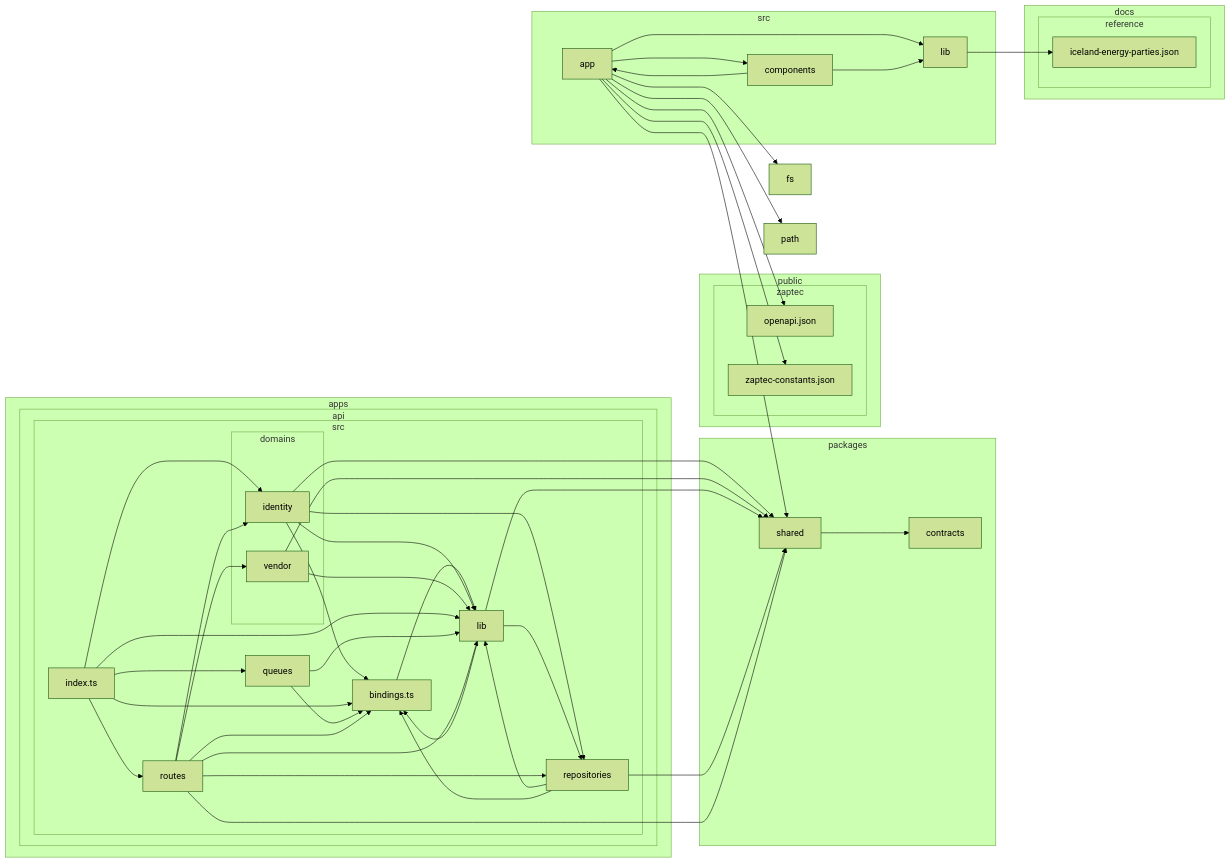
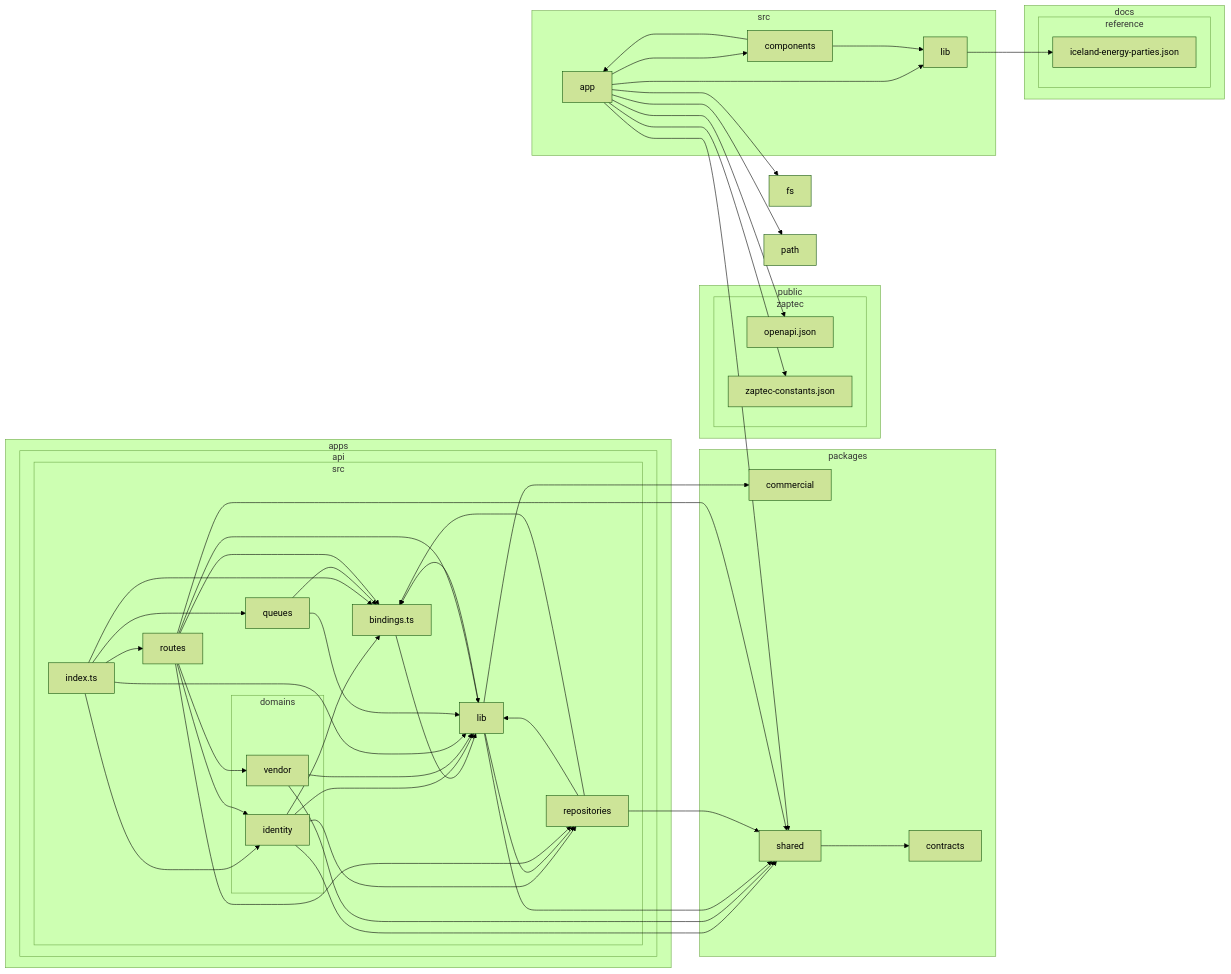
Before and after one commit to andri187/Straumvakt: the diagram in docs/architecture/dependency-graph.md, drawn with Mermaid (forest theme). The commit also changed 11 other files, not shown here.

````diff
--- a/docs/architecture/dependency-graph.md
+++ b/docs/architecture/dependency-graph.md
@@ -25,79 +25,81 @@
 ```mermaid
 flowchart LR
 
 subgraph 0["apps"]
 subgraph 1["api"]
 subgraph 2["src"]
 3["bindings.ts"]
 subgraph 4["domains"]
 5["identity"]
 6["vendor"]
 end
 7["index.ts"]
 8["lib"]
 9["queues"]
 A["repositories"]
 B["routes"]
 end
 end
 end
 subgraph C["docs"]
 subgraph D["reference"]
 E["iceland-energy-parties.json"]
 end
 end
 F["fs"]
 subgraph G["packages"]
-H["contracts"]
-I["shared"]
+H["commercial"]
+I["contracts"]
+J["shared"]
 end
-J["path"]
-subgraph K["public"]
-subgraph L["zaptec"]
-M["openapi.json"]
-N["zaptec-constants.json"]
+K["path"]
+subgraph L["public"]
+subgraph M["zaptec"]
+N["openapi.json"]
+O["zaptec-constants.json"]
 end
 end
-subgraph O["src"]
-P["app"]
-Q["components"]
-R["lib"]
+subgraph P["src"]
+Q["app"]
+R["components"]
+S["lib"]
 end
 3-->8
 5-->8
-5-->I
+5-->J
 5-->3
 5-->A
 6-->8
-6-->I
+6-->J
 7-->3
 7-->5
 7-->8
 7-->9
 7-->B
 8-->3
-8-->I
+8-->J
+8-->H
 8-->A
 9-->3
 9-->8
 A-->8
-A-->I
+A-->J
 A-->3
 B-->3
 B-->8
 B-->A
-B-->I
+B-->J
 B-->5
 B-->6
-I-->H
-P-->Q
-P-->R
-P-->I
-P-->F
-P-->J
-P-->M
-P-->N
+J-->I
 Q-->R
-Q-->P
-R-->E
+Q-->S
+Q-->J
+Q-->F
+Q-->K
+Q-->N
+Q-->O
+R-->S
+R-->Q
+S-->E
 ```
````
